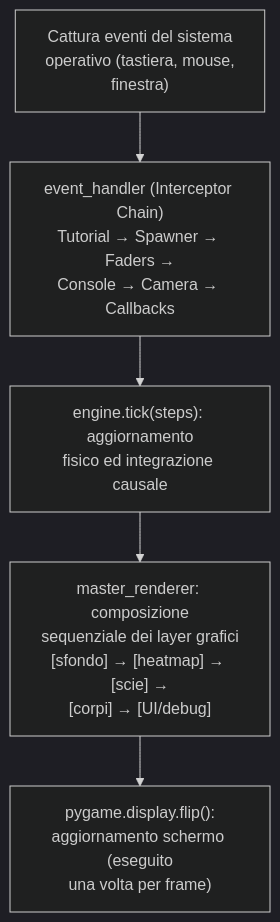
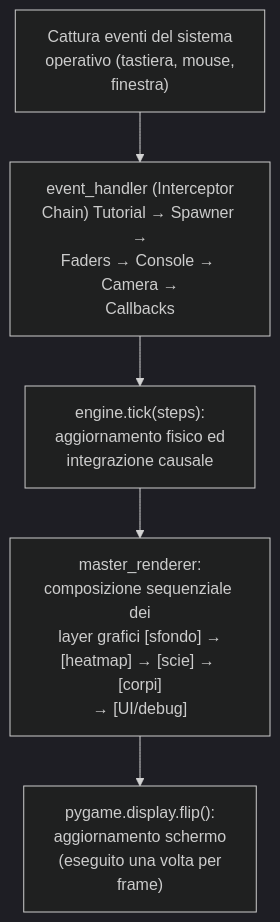
One commit to alessandro-pioli/AstroCausal_Engine changed the tenth of 11 diagrams in ARCHITECTURE_DEEP_DIVE.it.md. Above: the diagram before and after it, drawn with Mermaid (dark theme). The commit also changed other lines of this file and 2 other files, not shown here.

Commit message:
docs: leggibilita dei diagrammi e igiene del gitignore

````diff
--- a/ARCHITECTURE_DEEP_DIVE.it.md
+++ b/ARCHITECTURE_DEEP_DIVE.it.md
@@ -774,7 +774,7 @@
 ```mermaid
 flowchart TD
-    A["Cattura eventi del sistema<br/>operativo (tastiera, mouse,<br/>finestra)"] --> B["event_handler (Interceptor Chain)<br/>Tutorial → Spawner → Faders →<br/>Console → Camera → Callbacks"]
-    B --> C["engine.tick(steps): aggiornamento<br/>fisico ed integrazione causale"]
-    C --> D["master_renderer: composizione<br/>sequenziale dei layer grafici<br/>[sfondo] → [heatmap] → [scie] →<br/>[corpi] → [UI/debug]"]
-    D --> E["pygame.display.flip():<br/>aggiornamento schermo (eseguito<br/>una volta per frame)"]
+    A["Cattura eventi del sistema<br/>operativo (tastiera, mouse,<br/>finestra)"] --> B["event_handler (Interceptor<br/>Chain) Tutorial → Spawner →<br/>Faders → Console → Camera →<br/>Callbacks"]
+    B --> C["engine.tick(steps):<br/>aggiornamento fisico ed<br/>integrazione causale"]
+    C --> D["master_renderer:<br/>composizione sequenziale dei<br/>layer grafici [sfondo] →<br/>[heatmap] → [scie] → [corpi]<br/>→ [UI/debug]"]
+    D --> E["pygame.display.flip():<br/>aggiornamento schermo<br/>(eseguito una volta per<br/>frame)"]
 ```
````
